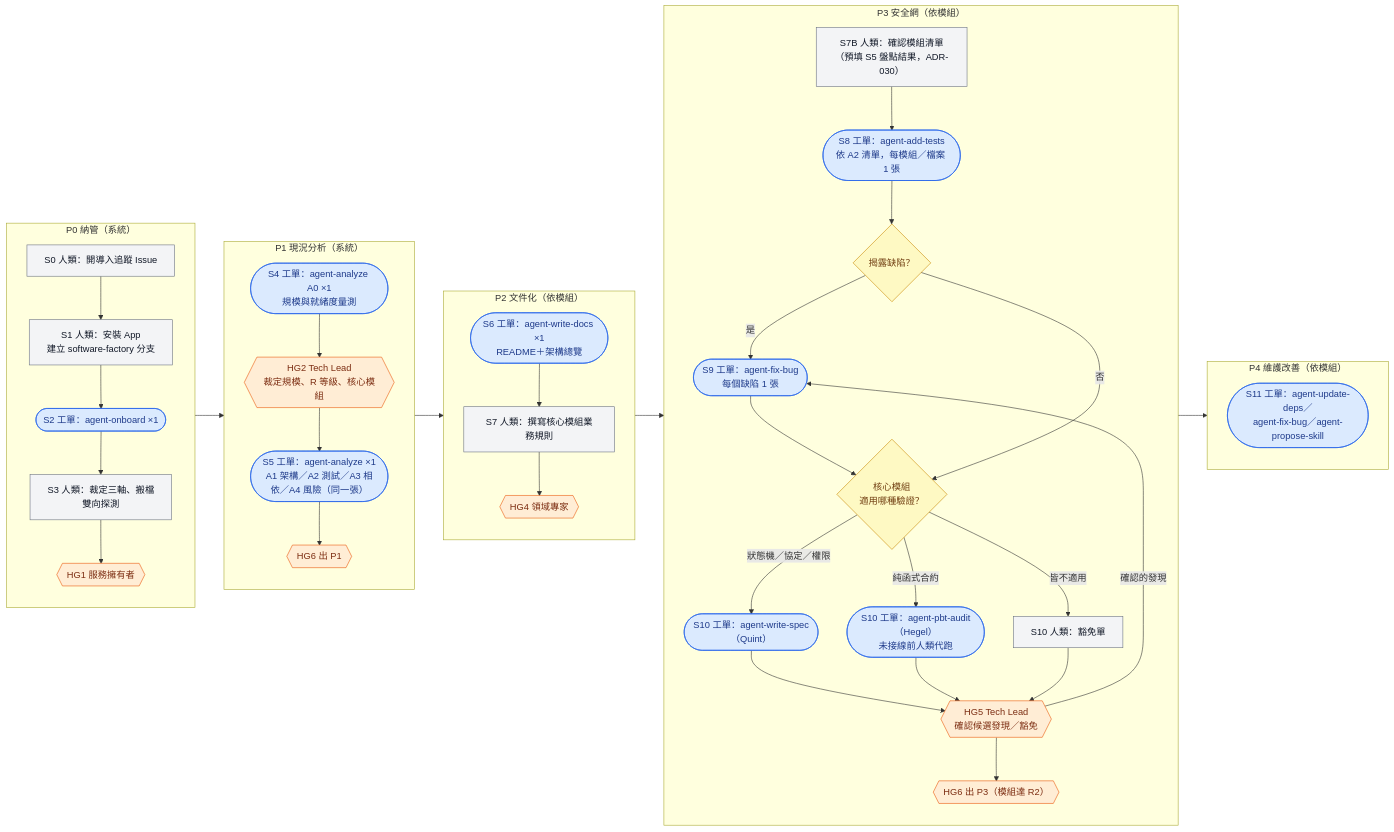
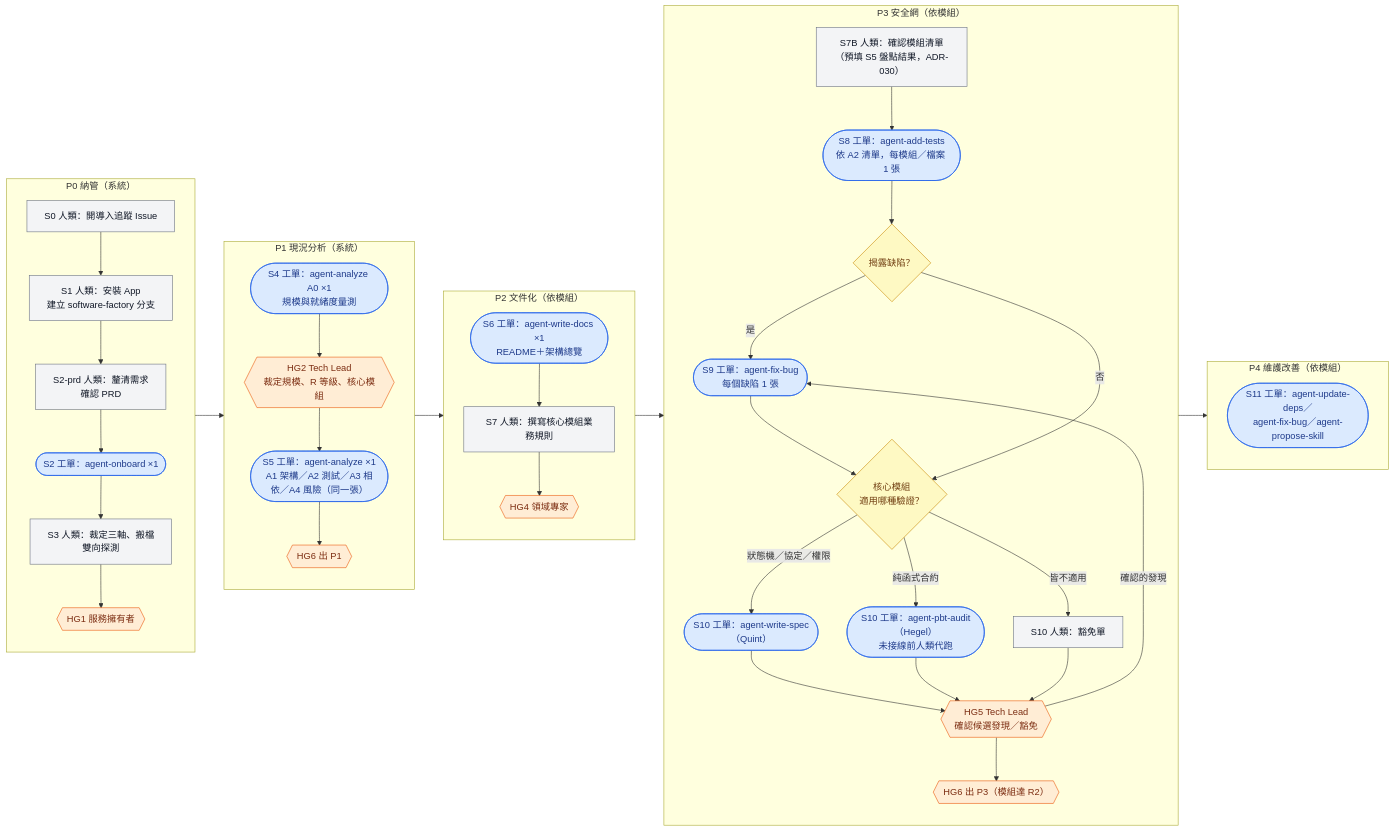
Before and after one commit to aswf-dev/software_factory: the first of 3 diagrams in docs/29-brownfield-adoption-playbook.md, drawn with Mermaid. The commit also changed other lines of this file and 3 other files, not shown here.

First line of the commit message:
feat(S): S1 之後新增人工步驟 S2-prd（釐清需求、確認 PRD；ADR-031）

````diff
--- a/docs/29-brownfield-adoption-playbook.md
+++ b/docs/29-brownfield-adoption-playbook.md
@@ -345,67 +345,68 @@
 ```mermaid
 flowchart LR
     classDef wi fill:#dbeafe,stroke:#2563eb,color:#1e3a8a
     classDef human fill:#f3f4f6,stroke:#6b7280,color:#111827
     classDef hg fill:#ffedd5,stroke:#ea580c,color:#7c2d12
     classDef dec fill:#fef9c3,stroke:#ca8a04,color:#713f12
 
     subgraph P0["P0 納管（系統）"]
         direction TB
         S0["S0 人類：開導入追蹤 Issue"]:::human
         S1["S1 人類：安裝 App<br/>建立 software-factory 分支"]:::human
+        S2P["S2-prd 人類：釐清需求<br/>確認 PRD"]:::human
         S2(["S2 工單：agent-onboard ×1"]):::wi
         S3["S3 人類：裁定三軸、搬檔<br/>雙向探測"]:::human
         HG1{{"HG1 服務擁有者"}}:::hg
-        S0 --> S1 --> S2 --> S3 --> HG1
+        S0 --> S1 --> S2P --> S2 --> S3 --> HG1
     end
 
     subgraph P1["P1 現況分析（系統）"]
         direction TB
         S4(["S4 工單：agent-analyze A0 ×1<br/>規模與就緒度量測"]):::wi
         HG2{{"HG2 Tech Lead<br/>裁定規模、R 等級、核心模組"}}:::hg
         S5(["S5 工單：agent-analyze ×1<br/>A1 架構／A2 測試／A3 相依／A4 風險（同一張）"]):::wi
         HG6a{{"HG6 出 P1"}}:::hg
         S4 --> HG2 --> S5 --> HG6a
     end
 
     subgraph P2["P2 文件化（依模組）"]
         direction TB
         S6(["S6 工單：agent-write-docs ×1<br/>README＋架構總覽"]):::wi
         S7["S7 人類：撰寫核心模組業務規則"]:::human
         HG4{{"HG4 領域專家"}}:::hg
         S6 --> S7 --> HG4
     end
 
     subgraph P3["P3 安全網（依模組）"]
         direction TB
         S7B["S7B 人類：確認模組清單<br/>（預填 S5 盤點結果，ADR-030）"]:::human
         S8(["S8 工單：agent-add-tests<br/>依 A2 清單，每模組／檔案 1 張"]):::wi
         D1{"揭露缺陷？"}:::dec
         S9(["S9 工單：agent-fix-bug<br/>每個缺陷 1 張"]):::wi
         D2{"核心模組<br/>適用哪種驗證？"}:::dec
         S10Q(["S10 工單：agent-write-spec（Quint）"]):::wi
         S10H(["S10 工單：agent-pbt-audit（Hegel）<br/>未接線前人類代跑"]):::wi
         S10W["S10 人類：豁免單"]:::human
         HG5{{"HG5 Tech Lead<br/>確認候選發現／豁免"}}:::hg
         HG6c{{"HG6 出 P3（模組達 R2）"}}:::hg
         S7B --> S8
         S8 --> D1
         D1 -- 是 --> S9 --> D2
         D1 -- 否 --> D2
         D2 -- 狀態機／協定／權限 --> S10Q --> HG5
         D2 -- 純函式合約 --> S10H --> HG5
         D2 -- 皆不適用 --> S10W --> HG5
         HG5 -- 確認的發現 --> S9
         HG5 --> HG6c
     end
 
     subgraph P4["P4 維護改善（依模組）"]
         direction TB
         S11(["S11 工單：agent-update-deps／<br/>agent-fix-bug／agent-propose-skill"]):::wi
     end
 
     P0 --> P1
     P1 --> P2
     P2 --> P3
     P3 --> P4
 ```
````
